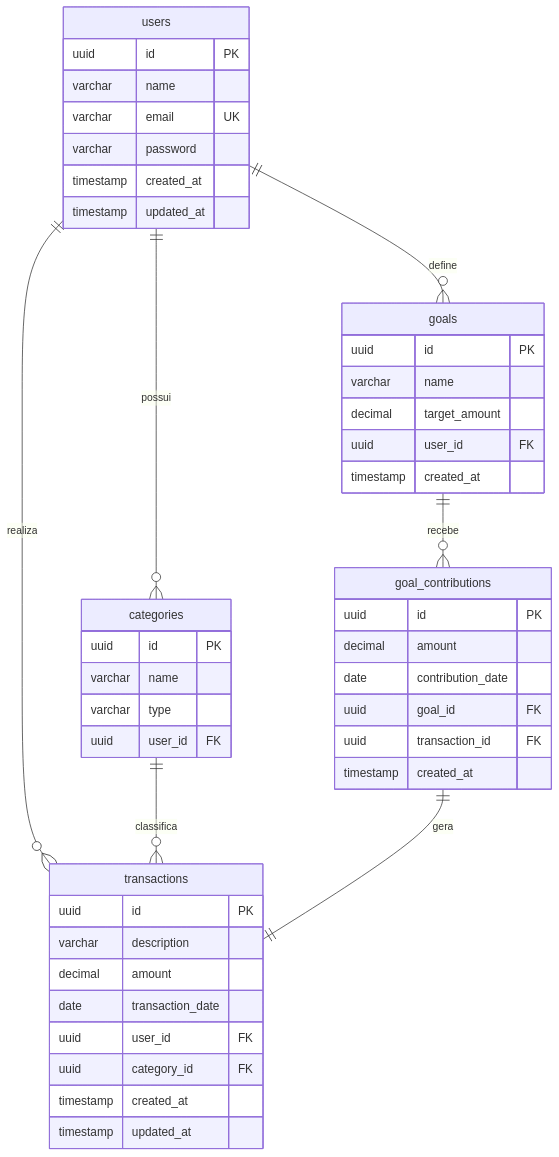
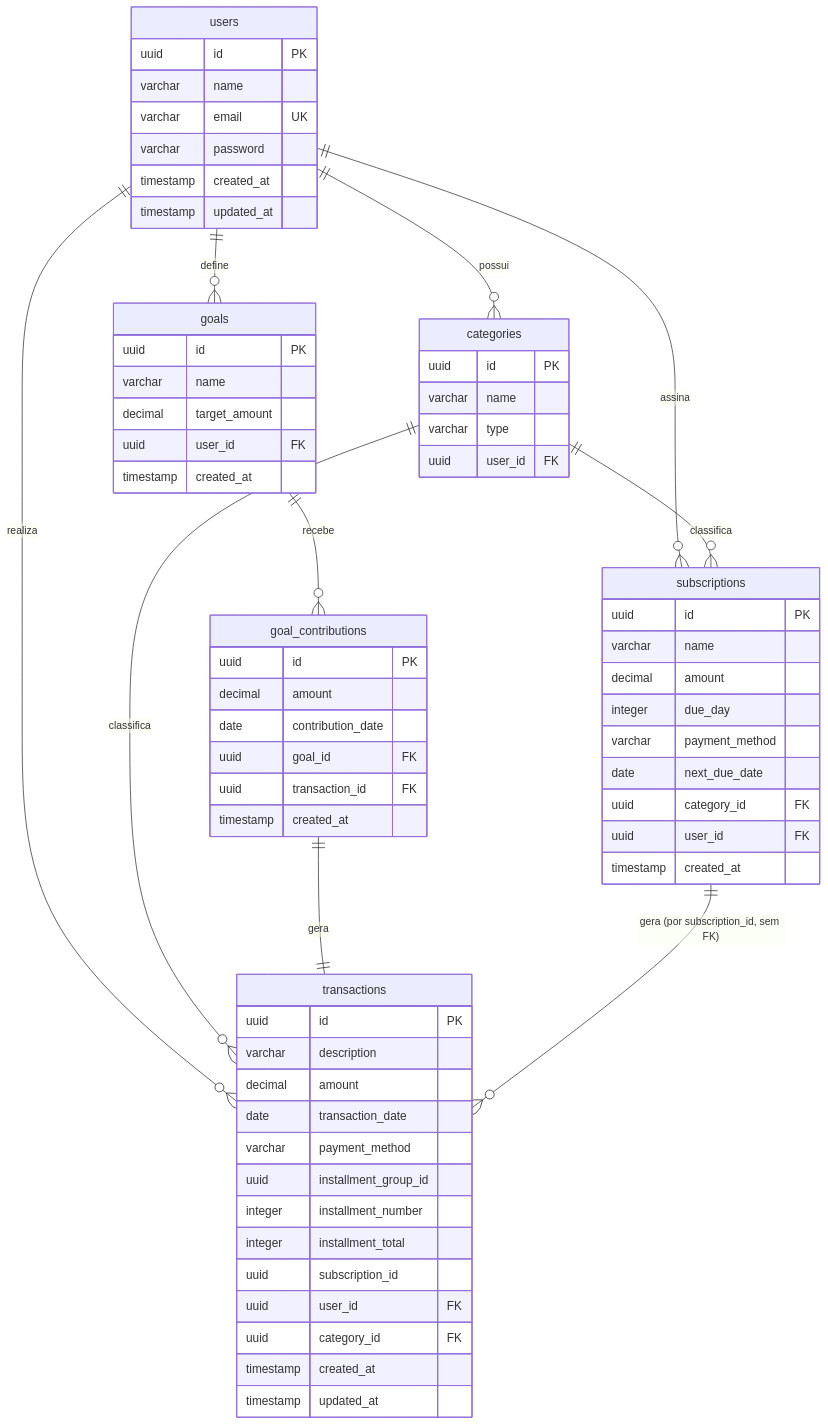
Before and after one commit to pedrocasseb/FLUXO: the diagram in docs/banco.md, drawn with Mermaid. The commit also changed other lines of this file and 20 other files, not shown here.

Commit message:
feat(subscriptions): add subscription management and automatic transaction generation

````diff
--- a/docs/banco.md
+++ b/docs/banco.md
@@ -33,49 +33,68 @@
 ```mermaid
 erDiagram
     users {
         uuid id PK
         varchar name
         varchar email UK
         varchar password
         timestamp created_at
         timestamp updated_at
     }
     categories {
         uuid id PK
         varchar name
         varchar type
         uuid user_id FK
     }
     transactions {
         uuid id PK
         varchar description
         decimal amount
         date transaction_date
+        varchar payment_method
+        uuid installment_group_id
+        integer installment_number
+        integer installment_total
+        uuid subscription_id
         uuid user_id FK
         uuid category_id FK
         timestamp created_at
         timestamp updated_at
+    }
+    subscriptions {
+        uuid id PK
+        varchar name
+        decimal amount
+        integer due_day
+        varchar payment_method
+        date next_due_date
+        uuid category_id FK
+        uuid user_id FK
+        timestamp created_at
     }
     goals {
         uuid id PK
         varchar name
         decimal target_amount
         uuid user_id FK
         timestamp created_at
     }
     goal_contributions {
         uuid id PK
         decimal amount
         date contribution_date
         uuid goal_id FK
         uuid transaction_id FK
         timestamp created_at
     }
 
     users ||--o{ categories : "possui"
     users ||--o{ transactions : "realiza"
     users ||--o{ goals : "define"
+    users ||--o{ subscriptions : "assina"
     categories ||--o{ transactions : "classifica"
+    categories ||--o{ subscriptions : "classifica"
     goals ||--o{ goal_contributions : "recebe"
     goal_contributions ||--|| transactions : "gera"
+    subscriptions ||--o{ transactions : "gera (por subscription_id, sem FK)"
 ```
````
